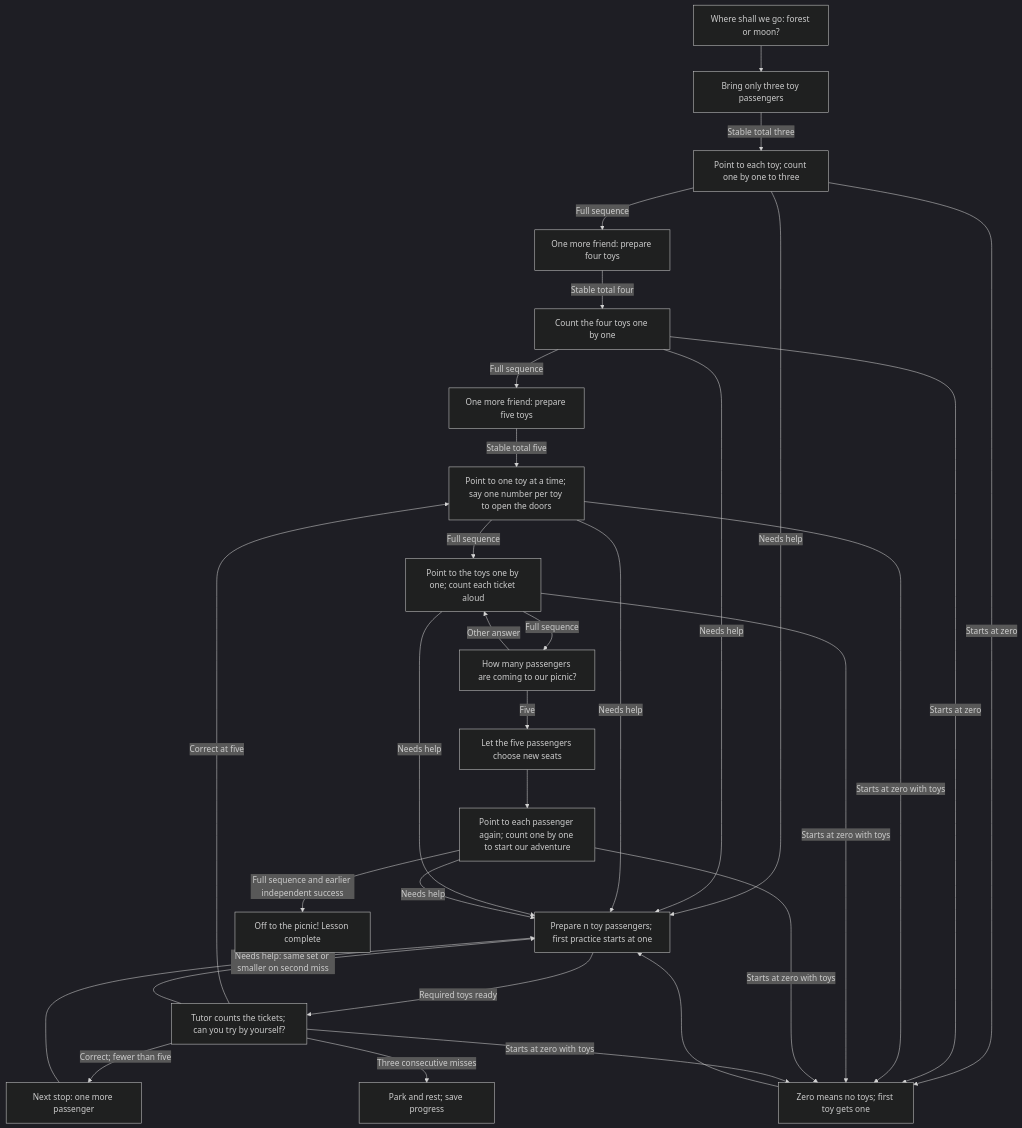
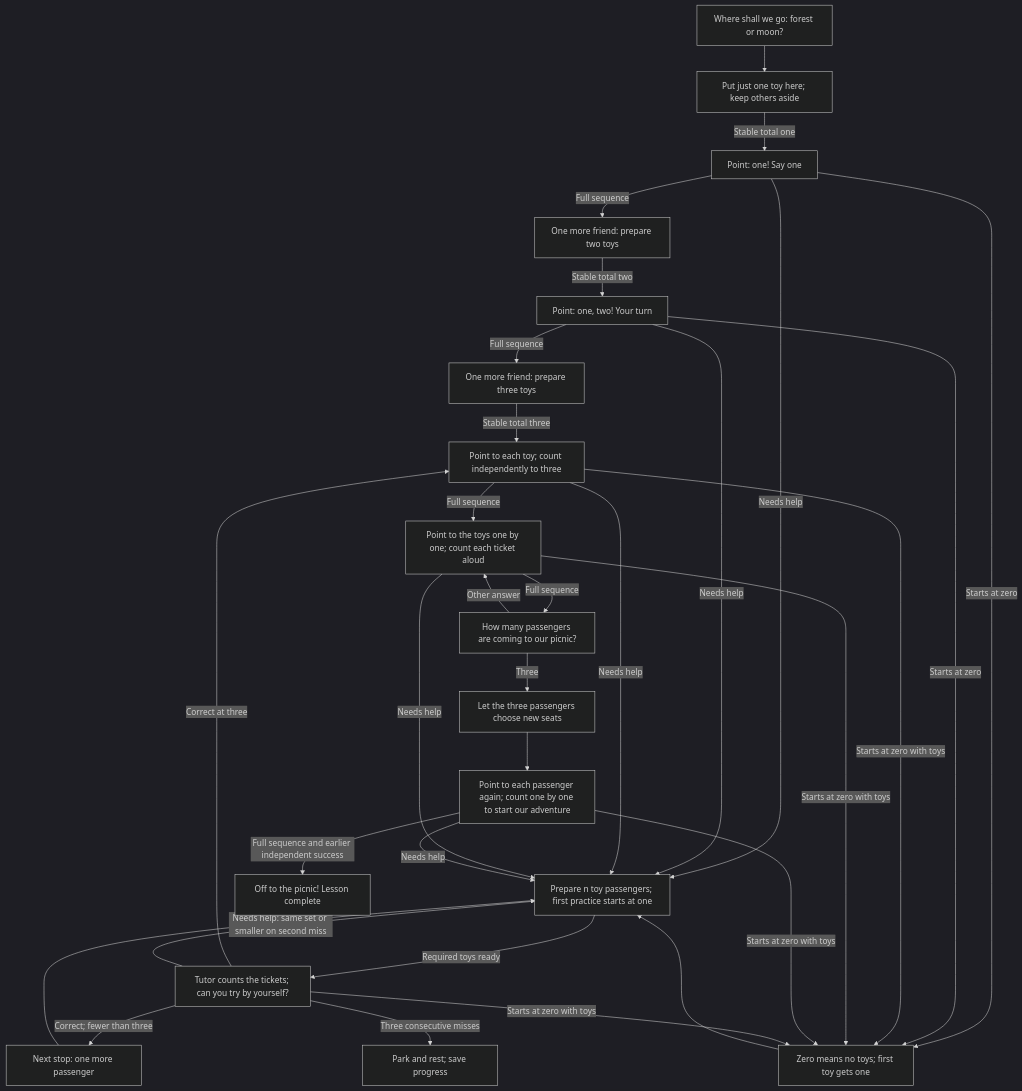
The first of 2 diagrams in README.md (sealsbroken/unmath), drawn with Mermaid (dark theme) before and after one commit. The commit also changed other lines of this file and 10 other files, not shown here.

Commit message:
Teach lesson one with a gentle one-to-three toy progression

````diff
--- a/README.md
+++ b/README.md
@@ -82,33 +84,33 @@
 ```mermaid
 flowchart TD
-    Choose["Where shall we go: forest or moon?"] --> Three["Bring only three toy passengers"]
-    Three -->|"Stable total three"| CountThree["Point to each toy; count one by one to three"]
-    CountThree -->|"Full sequence"| Four["One more friend: prepare four toys"]
-    Four -->|"Stable total four"| CountFour["Count the four toys one by one"]
-    CountFour -->|"Full sequence"| Setup["One more friend: prepare five toys"]
-    CountThree -->|"Needs help"| Small
-    CountFour -->|"Needs help"| Small
-    CountThree -->|"Starts at zero"| Zero
-    CountFour -->|"Starts at zero"| Zero
-    Setup -->|"Stable total five"| Doors["Point to one toy at a time; say one number per toy to open the doors"]
+    Choose["Where shall we go: forest or moon?"] --> One["Put just one toy here; keep others aside"]
+    One -->|"Stable total one"| CountOne["Point: one! Say one"]
+    CountOne -->|"Full sequence"| Two["One more friend: prepare two toys"]
+    Two -->|"Stable total two"| CountTwo["Point: one, two! Your turn"]
+    CountTwo -->|"Full sequence"| Setup["One more friend: prepare three toys"]
+    CountOne -->|"Needs help"| Small
+    CountTwo -->|"Needs help"| Small
+    CountOne -->|"Starts at zero"| Zero
+    CountTwo -->|"Starts at zero"| Zero
+    Setup -->|"Stable total three"| Doors["Point to each toy; count independently to three"]
     Doors -->|"Full sequence"| Tickets["Point to the toys one by one; count each ticket aloud"]
     Doors -->|"Needs help"| Small["Prepare n toy passengers; first practice starts at one"]
     Tickets -->|"Full sequence"| Total["How many passengers are coming to our picnic?"]
     Tickets -->|"Needs help"| Small
-    Total -->|"Five"| Seats["Let the five passengers choose new seats"]
+    Total -->|"Three"| Seats["Let the three passengers choose new seats"]
     Total -->|"Other answer"| Tickets
     Seats --> Engine["Point to each passenger again; count one by one to start our adventure"]
     Engine -->|"Full sequence and earlier independent success"| Picnic["Off to the picnic! Lesson complete"]
     Engine -->|"Needs help"| Small
     Small -->|"Required toys ready"| Model["Tutor counts the tickets; can you try by yourself?"]
-    Model -->|"Correct; fewer than five"| More["Next stop: one more passenger"]
+    Model -->|"Correct; fewer than three"| More["Next stop: one more passenger"]
     More --> Small
-    Model -->|"Correct at five"| Doors
+    Model -->|"Correct at three"| Doors
     Model -->|"Needs help: same set or smaller on second miss"| Small
     Model -->|"Three consecutive misses"| Rest["Park and rest; save progress"]
     Doors -->|"Starts at zero with toys"| Zero["Zero means no toys; first toy gets one"]
     Tickets -->|"Starts at zero with toys"| Zero
     Engine -->|"Starts at zero with toys"| Zero
     Model -->|"Starts at zero with toys"| Zero
     Zero --> Small
 ```
````
